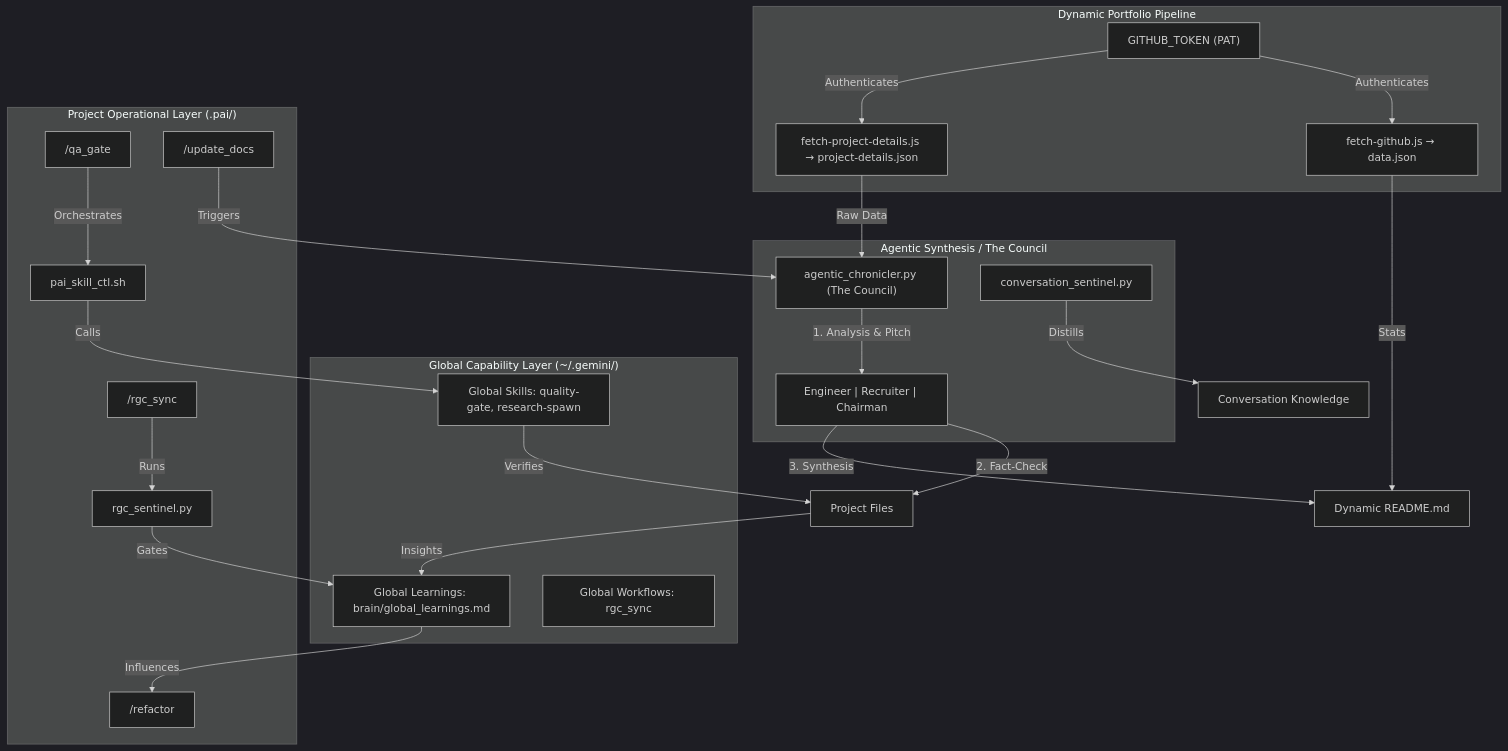
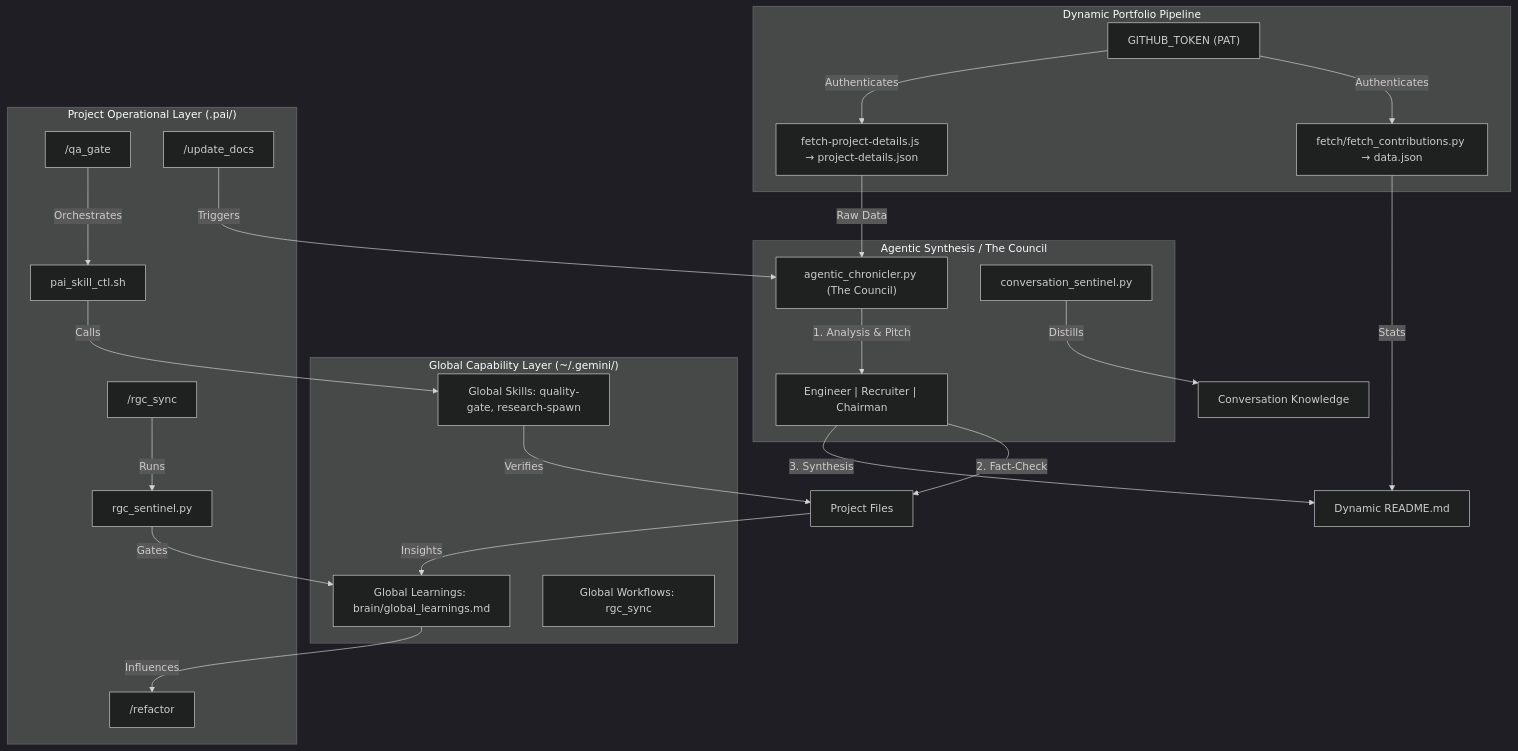
The sixth of 6 diagrams in .pai/docs/SYSTEM_ARCHITECTURE.md (akashagl92/Portfolio), drawn with Mermaid (dark theme) before and after one commit. The commit also changed other lines of this file and 25 other files, not shown here.

Commit message:
feat: Fix calendar layout, unbreak sync script, update architecture docs, and re-model Autonomous Trading card

````diff
--- a/.pai/docs/SYSTEM_ARCHITECTURE.md
+++ b/.pai/docs/SYSTEM_ARCHITECTURE.md
@@ -122,51 +122,51 @@
 ```mermaid
 graph TD
     subgraph Global_Layer ["Global Capability Layer (~/.gemini/)"]
         GS["Global Skills: quality-gate, research-spawn"]
         GL["Global Learnings: brain/global_learnings.md"]
         GW["Global Workflows: rgc_sync"]
     end
 
     subgraph Data_Pipeline ["Dynamic Portfolio Pipeline"]
         GH["GITHUB_TOKEN (PAT)"]
-        FG["fetch-github.js → data.json"]
+        FG["fetch/fetch_contributions.py → data.json"]
         FPD["fetch-project-details.js → project-details.json"]
     end
 
     subgraph Project_Layer ["Project Operational Layer (.pai/)"]
         W_QA["/qa_gate"]
         W_RG["/rgc_sync"]
         W_DOC["/update_docs"]
         W_REF["/refactor"]
         CTL["pai_skill_ctl.sh"]
         SENT["rgc_sentinel.py"]
     end
 
     subgraph Agentic_Core ["Agentic Synthesis / The Council"]
         AC["agentic_chronicler.py (The Council)"]
         CS["conversation_sentinel.py"]
         Council_P["Engineer | Recruiter | Chairman"]
     end
 
     GH -- Authenticates --> FG
     GH -- Authenticates --> FPD
     FPD -- Raw Data --> AC
 
     W_QA -- Orchestrates --> CTL
     CTL -- Calls --> GS
     GS -- Verifies --> Project["Project Files"]
     
     W_RG -- Runs --> SENT
     SENT -- Gates --> GL
     
     W_DOC -- Triggers --> AC
     AC -- "1. Analysis & Pitch" --> Council_P
     Council_P -- "2. Fact-Check" --> Project
     Council_P -- "3. Synthesis" --> README["Dynamic README.md"]
     FG -- Stats --> README
     
     Project -- Insights --> GL
     GL -- Influences --> W_REF
     
     CS -- Distills --> Session["Conversation Knowledge"]
 ```
````
